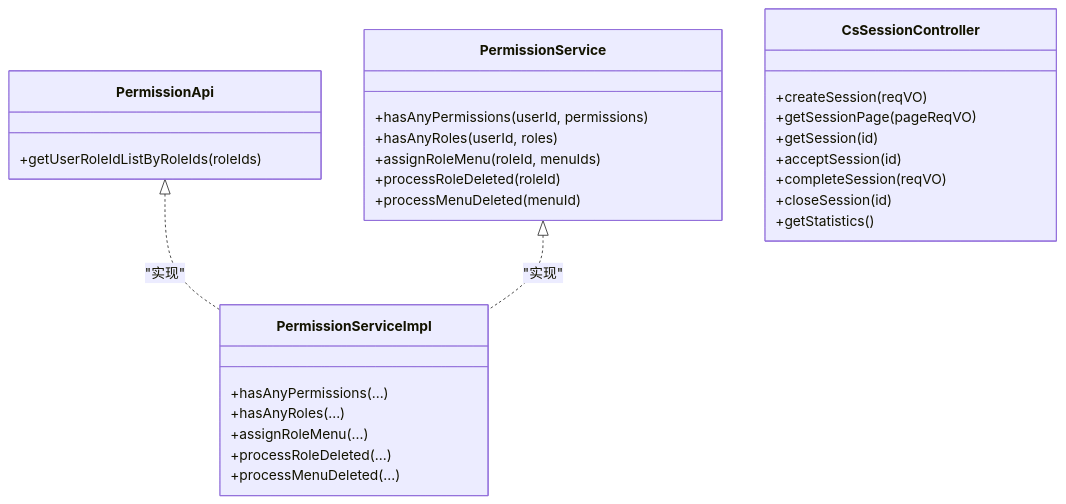
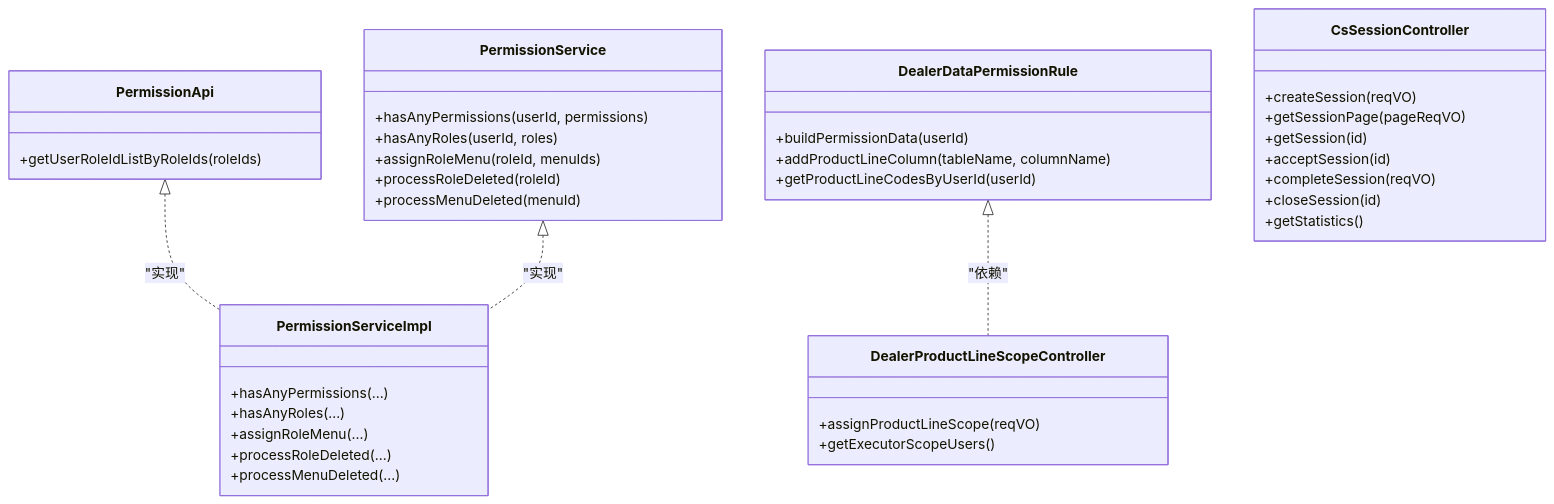
One commit to xiaoche80s-tech/rouyi-vue-pro changed the third of 6 diagrams in .qoder/repowiki/zh/content/核心模块/系统管理模块/角色权限.md. Above: the diagram before and after it, drawn with Mermaid. The commit also changed other lines of this file and 534 other files, not shown here.

````diff
--- a/.qoder/repowiki/zh/content/核心模块/系统管理模块/角色权限.md
+++ b/.qoder/repowiki/zh/content/核心模块/系统管理模块/角色权限.md
@@ -160,31 +186,41 @@
 ```mermaid
 classDiagram
 class PermissionService {
 +hasAnyPermissions(userId, permissions)
 +hasAnyRoles(userId, roles)
 +assignRoleMenu(roleId, menuIds)
 +processRoleDeleted(roleId)
 +processMenuDeleted(menuId)
 }
 class PermissionApi {
 +getUserRoleIdListByRoleIds(roleIds)
 }
 class PermissionServiceImpl {
 +hasAnyPermissions(...)
 +hasAnyRoles(...)
 +assignRoleMenu(...)
 +processRoleDeleted(...)
 +processMenuDeleted(...)
 }
+class DealerDataPermissionRule {
++buildPermissionData(userId)
++addProductLineColumn(tableName, columnName)
++getProductLineCodesByUserId(userId)
+}
+class DealerProductLineScopeController {
++assignProductLineScope(reqVO)
++getExecutorScopeUsers()
+}
 class CsSessionController {
 +createSession(reqVO)
 +getSessionPage(pageReqVO)
 +getSession(id)
 +acceptSession(id)
 +completeSession(reqVO)
 +closeSession(id)
 +getStatistics()
 }
 PermissionApi <|.. PermissionServiceImpl : "实现"
 PermissionService <|.. PermissionServiceImpl : "实现"
+DealerDataPermissionRule <|.. DealerProductLineScopeController : "依赖"
 ```
````
